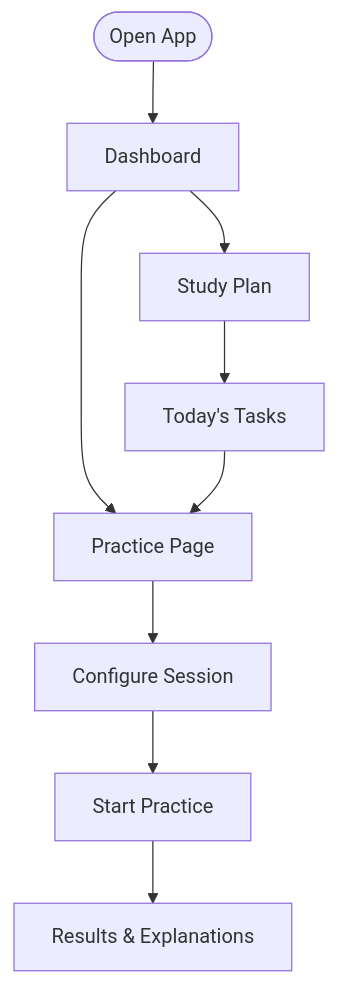
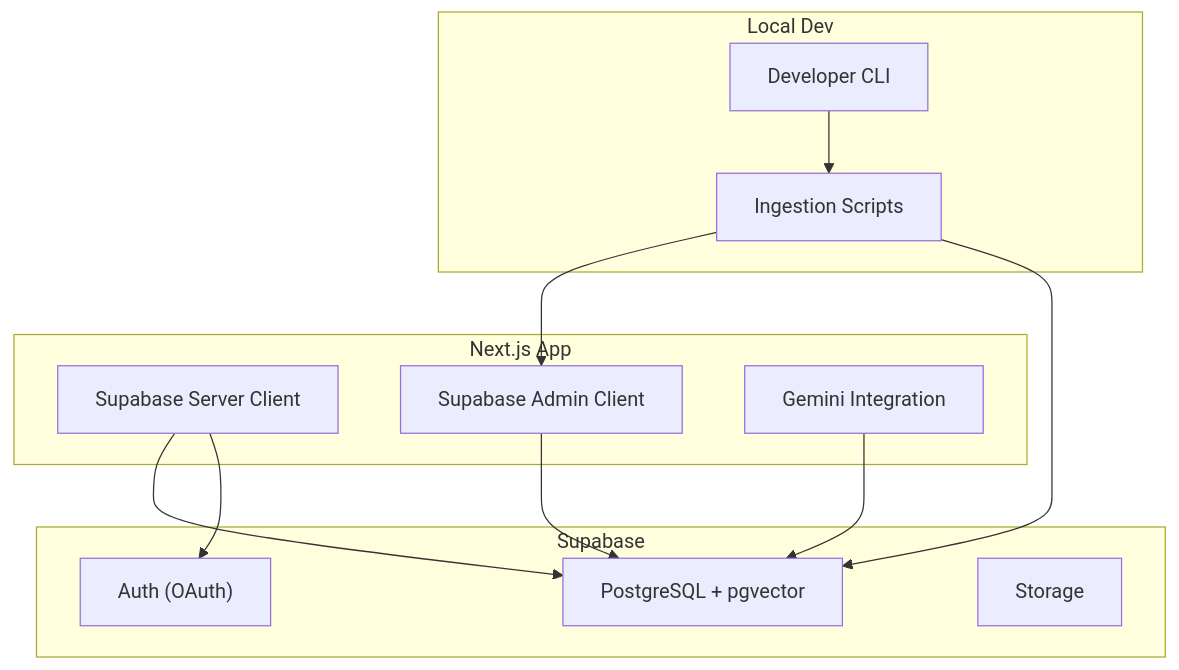
Before and after one commit to Daniiyal-creates/MedAce-AI: the third of 3 diagrams in .qoder/repowiki/en/content/Getting Started.md, drawn with Mermaid. The commit also changed other lines of this file and 159 other files, not shown here.

````diff
--- a/.qoder/repowiki/en/content/Getting Started.md
+++ b/.qoder/repowiki/en/content/Getting Started.md
@@ -189,11 +204,24 @@
 ```mermaid
-flowchart TD
-Start(["Open App"]) --> Dash["Dashboard"]
-Dash --> Practice["Practice Page"]
-Practice --> Config["Configure Session"]
-Config --> Session["Start Practice"]
-Session --> Results["Results & Explanations"]
-Dash --> Plan["Study Plan"]
-Plan --> Today["Today's Tasks"]
-Today --> Practice
+graph TB
+subgraph "Local Dev"
+DevCLI["Developer CLI"]
+Scripts["Ingestion Scripts"]
+end
+subgraph "Next.js App"
+ServerClient["Supabase Server Client"]
+AdminClient["Supabase Admin Client"]
+GeminiLib["Gemini Integration"]
+end
+subgraph "Supabase"
+DB["PostgreSQL + pgvector"]
+Auth["Auth (OAuth)"]
+Storage["Storage"]
+end
+DevCLI --> Scripts
+Scripts --> AdminClient
+Scripts --> DB
+ServerClient --> DB
+ServerClient --> Auth
+GeminiLib --> DB
+AdminClient --> DB
 ```
````
